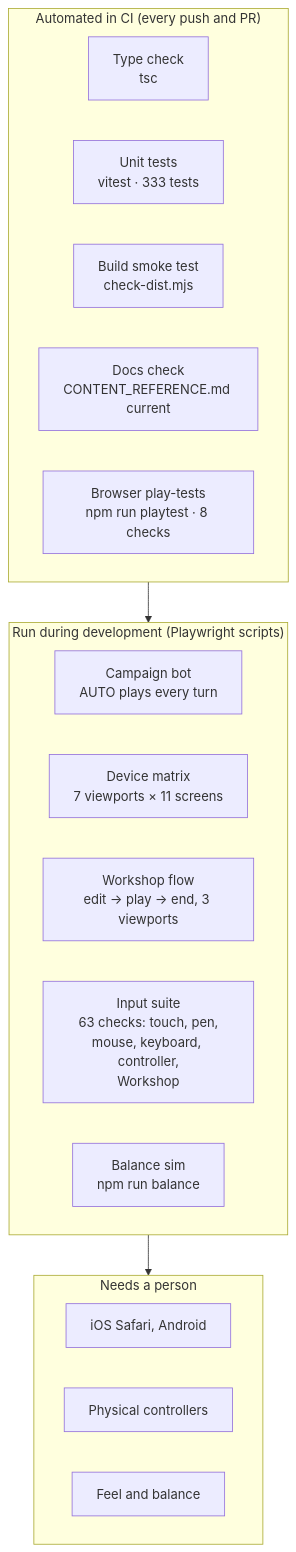
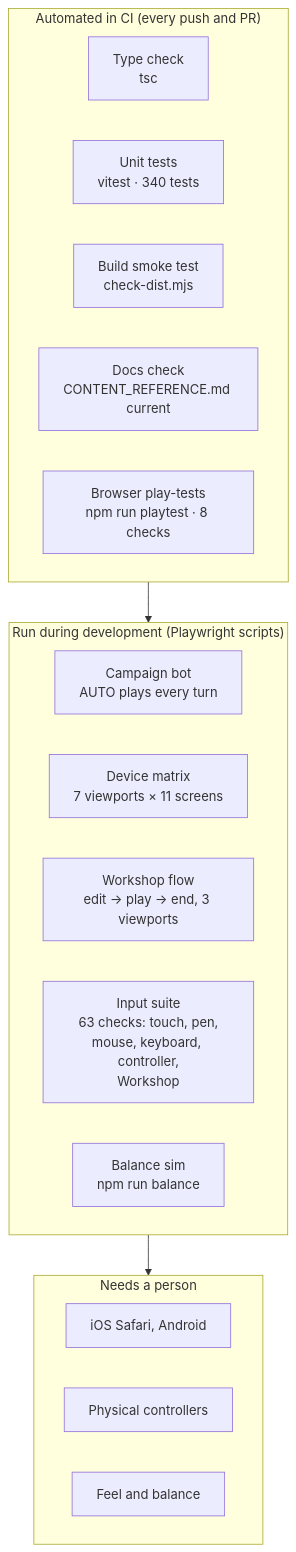
One commit to CptNope/Chess-RPG-Tactics changed the diagram in docs/TESTING.md. Above: the diagram before and after it, drawn with Mermaid. The commit also changed other lines of this file and 29 other files, not shown here.

````diff
--- a/docs/TESTING.md
+++ b/docs/TESTING.md
@@ -9,23 +9,23 @@
 ```mermaid
 flowchart TB
     subgraph Auto["Automated in CI (every push and PR)"]
         T1["Type check<br/>tsc"]
-        T2["Unit tests<br/>vitest · 333 tests"]
+        T2["Unit tests<br/>vitest · 340 tests"]
         T3["Build smoke test<br/>check-dist.mjs"]
         T4["Docs check<br/>CONTENT_REFERENCE.md current"]
         T5["Browser play-tests<br/>npm run playtest · 8 checks"]
     end
     subgraph Dev["Run during development (Playwright scripts)"]
         P1["Campaign bot<br/>AUTO plays every turn"]
         P2["Device matrix<br/>7 viewports × 11 screens"]
         P4["Workshop flow<br/>edit → play → end, 3 viewports"]
         P3["Input suite<br/>63 checks: touch, pen,<br/>mouse, keyboard, controller,<br/>Workshop"]
         P5["Balance sim<br/>npm run balance"]
     end
     subgraph Human["Needs a person"]
         H1["iOS Safari, Android"]
         H2["Physical controllers"]
         H3["Feel and balance"]
     end
     Auto --> Dev --> Human
 ```
````
